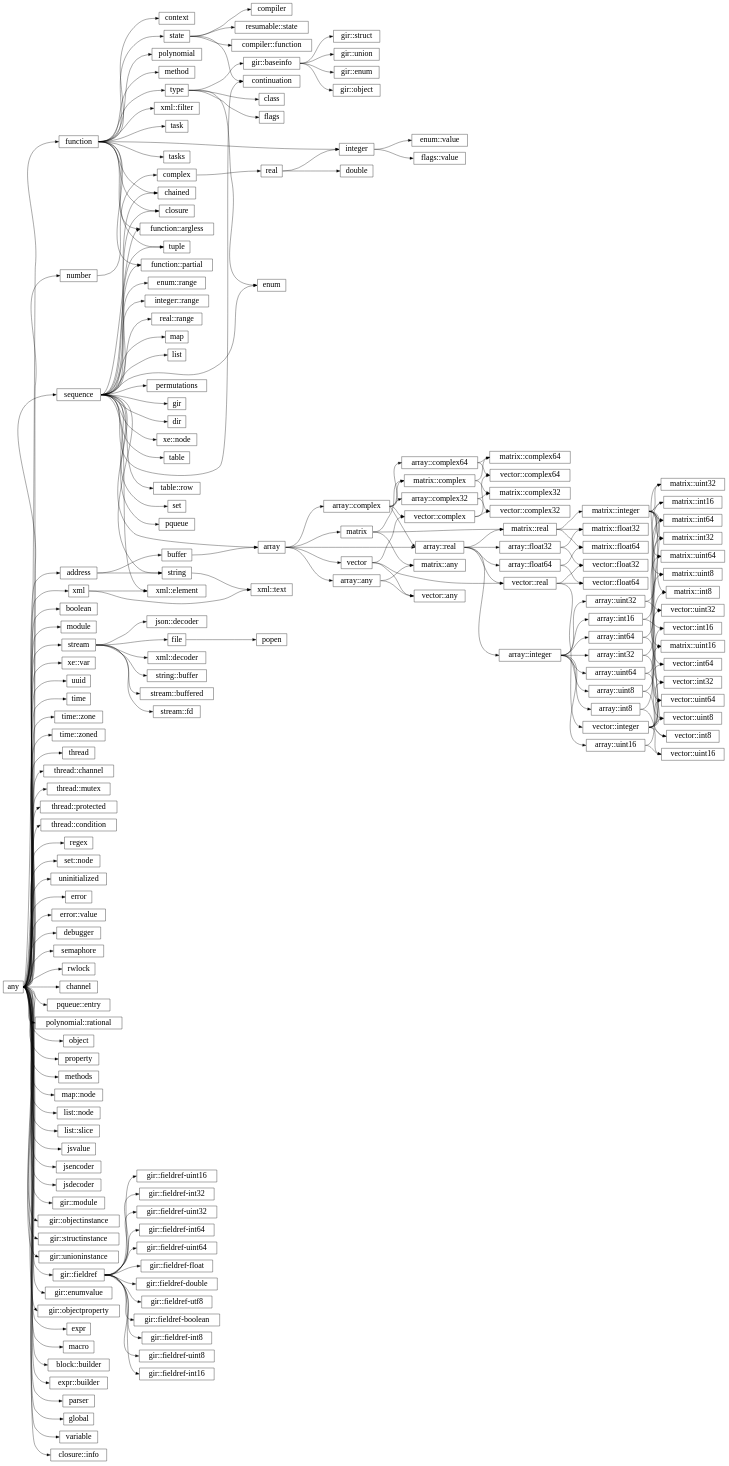
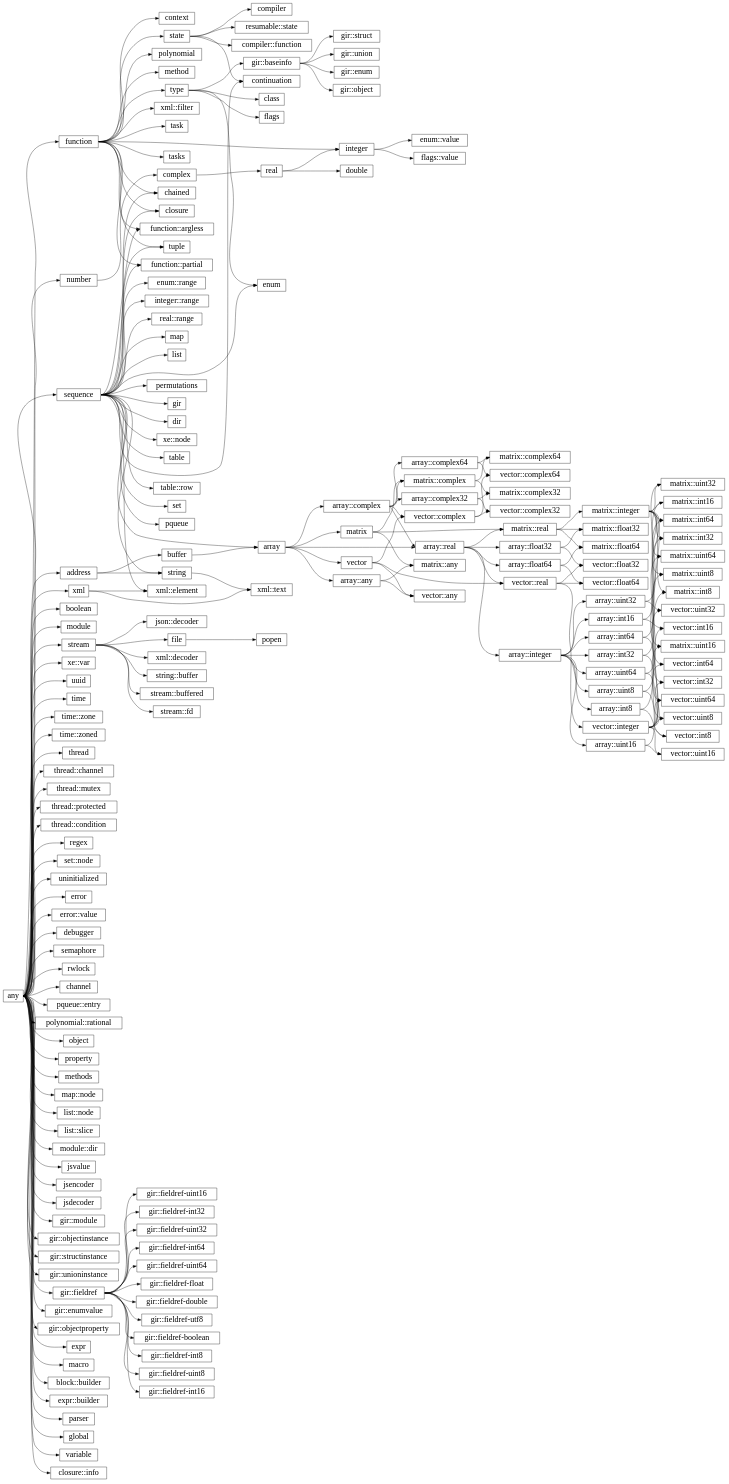
Before and after one commit to wrapl/minilang: the diagram in docs/library/hierarchy.rst, drawn with Graphviz. The commit also changed 8 other files, not shown here.

```diff
--- a/docs/library/hierarchy.rst
+++ b/docs/library/hierarchy.rst
@@ -97,6 +97,7 @@
       "any":e -> "list::node":w;
       "any":e -> "list::slice":w;
       "sequence":e -> "permutations":w;
+      "any":e -> "module::dir":w;
       "stream":e -> "json::decoder":w;
       "any":e -> "jsvalue":w;
       "any":e -> "jsencoder":w;
```
